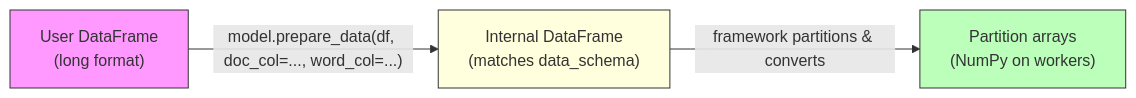
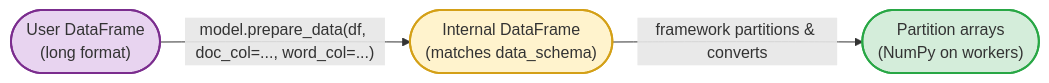
One commit to oneilsh/topic-state-space-modeling changed the third of 3 diagrams in SPARK_VI_FRAMEWORK.md. Above: the diagram before and after it, drawn with Mermaid. The commit also changed other lines of this file and 5 other files, not shown here.

````diff
--- a/SPARK_VI_FRAMEWORK.md
+++ b/SPARK_VI_FRAMEWORK.md
@@ -287,9 +286,9 @@
 ```mermaid
 graph LR
-    A["User DataFrame<br/>(long format)"] -->|"model.prepare_data(df, doc_col=..., word_col=...)"| B["Internal DataFrame<br/>(matches data_schema)"]
-    B -->|"framework partitions & converts"| C["Partition arrays<br/>(NumPy on workers)"]
+    A(["User DataFrame<br/>(long format)"]) -->|"model.prepare_data(df, doc_col=..., word_col=...)"| B(["Internal DataFrame<br/>(matches data_schema)"])
+    B -->|"framework partitions & converts"| C(["Partition arrays<br/>(NumPy on workers)"])
 
-    style A fill:#f9f,stroke:#333
-    style B fill:#ffd,stroke:#333
-    style C fill:#bfb,stroke:#333
+    style A fill:#e8d4f0,stroke:#7b2d8e,stroke-width:2px
+    style B fill:#fff3cd,stroke:#d4a017,stroke-width:2px
+    style C fill:#d4edda,stroke:#28a745,stroke-width:2px
 ```
````
